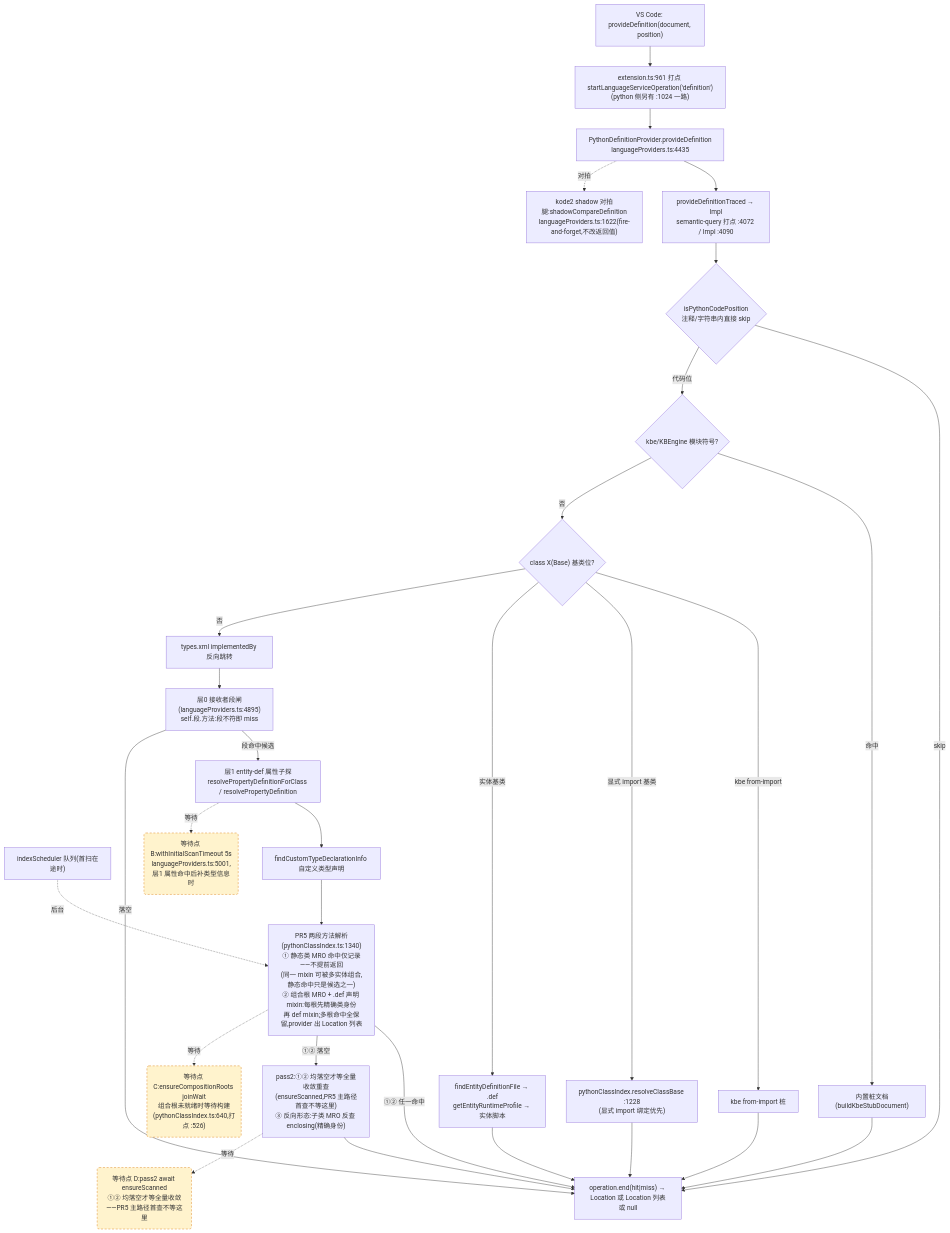
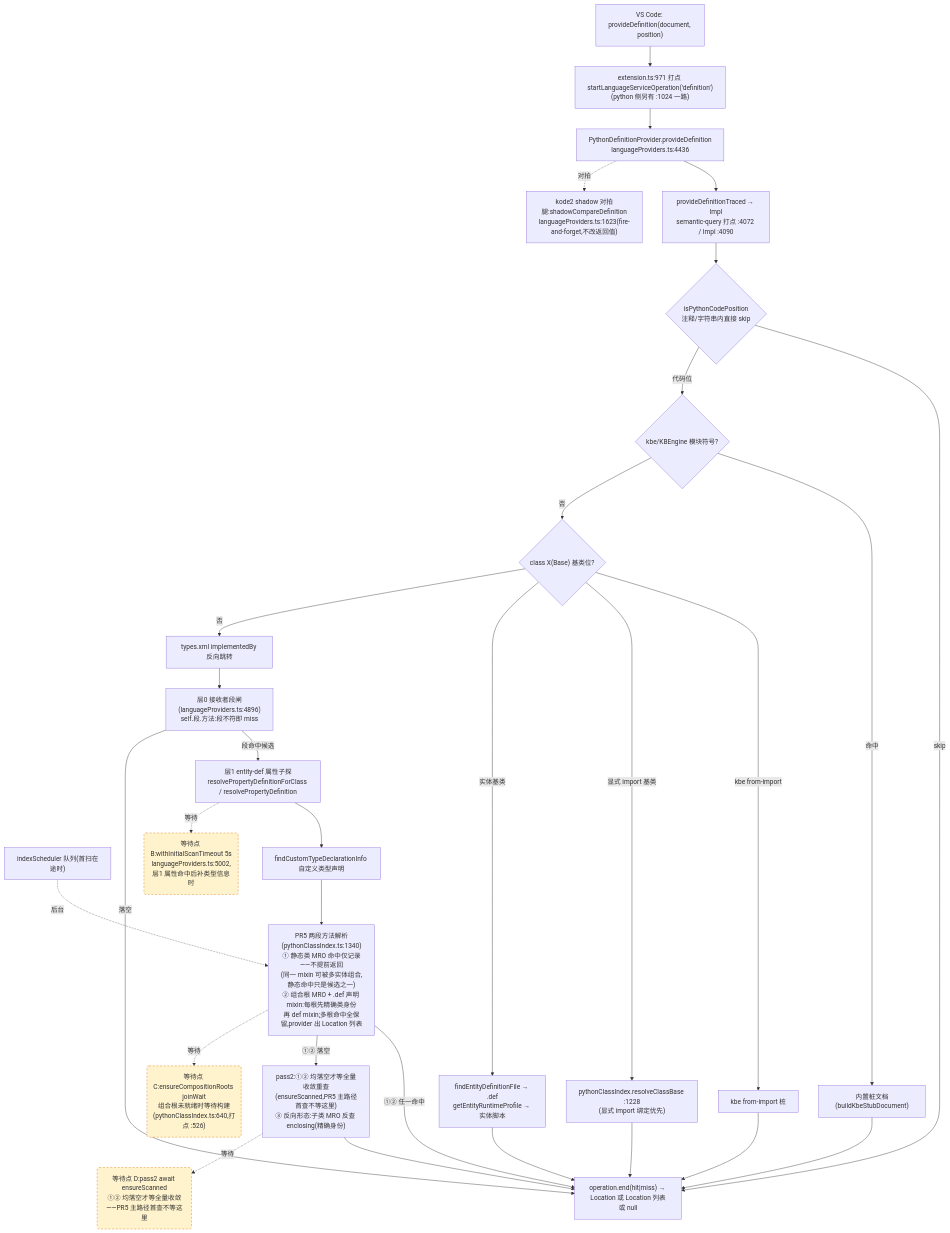
One commit to cuihairu/kode changed the second of 4 diagrams in docs/perf/2026-baseline.md. Above: the diagram before and after it, drawn with Mermaid. The commit also changed other lines of this file and 10 other files, not shown here.

````diff
--- a/docs/perf/2026-baseline.md
+++ b/docs/perf/2026-baseline.md
@@ -130,51 +130,51 @@
 ```mermaid
 flowchart TD
   VC2["VS Code: provideDefinition(document, position)"]
-  M2["extension.ts:961 打点 startLanguageServiceOperation('definition')<br/>(python 侧另有 :1024 一路)"]
-  AD2["PythonDefinitionProvider.provideDefinition<br/>languageProviders.ts:4435"]
+  M2["extension.ts:971 打点 startLanguageServiceOperation('definition')<br/>(python 侧另有 :1024 一路)"]
+  AD2["PythonDefinitionProvider.provideDefinition<br/>languageProviders.ts:4436"]
   TR["provideDefinitionTraced → Impl<br/>semantic-query 打点 :4072 / Impl :4090"]
   CTX{"isPythonCodePosition<br/>注释/字符串内直接 skip"}
   KBE{"kbe/KBEngine 模块符号?"}
   STUB["内置桩文档(buildKbeStubDocument)"]
   CB{"class X(Base) 基类位?"}
   CB1["kbe from-import 桩"]
   CB2["pythonClassIndex.resolveClassBase :1228<br/>(显式 import 绑定优先)"]
   CB3["findEntityDefinitionFile → .def<br/>getEntityRuntimeProfile → 实体脚本"]
   REV["types.xml implementedBy 反向跳转"]
-  L0["层0 接收者段闸(languageProviders.ts:4895)<br/>self.段.方法:段不符即 miss"]
+  L0["层0 接收者段闸(languageProviders.ts:4896)<br/>self.段.方法:段不符即 miss"]
   L1["层1 entity-def 属性子探<br/>resolvePropertyDefinitionForClass / resolvePropertyDefinition"]
   SCAN["indexScheduler 队列(首扫在途时)"]
   TY["findCustomTypeDeclarationInfo 自定义类型声明"]
   MRO["PR5 两段方法解析(pythonClassIndex.ts:1340)<br/>① 静态类 MRO 命中仅记录——不提前返回<br/>(同一 mixin 可被多实体组合,静态命中只是候选之一)<br/>② 组合根 MRO + .def 声明 mixin:每根先精确类身份<br/>再 def mixin;多根命中全保留,provider 出 Location 列表"]
   PASS2["pass2:①② 均落空才等全量收敛重查<br/>(ensureScanned,PR5 主路径首查不等这里)<br/>③ 反向形态:子类 MRO 反查 enclosing(精确身份)"]
-  SHD["kode2 shadow 对拍腿:shadowCompareDefinition<br/>languageProviders.ts:1622(fire-and-forget,不改返回值)"]
+  SHD["kode2 shadow 对拍腿:shadowCompareDefinition<br/>languageProviders.ts:1623(fire-and-forget,不改返回值)"]
   END2["operation.end(hit|miss) → Location 或 Location 列表或 null"]
 
   VC2 --> M2 --> AD2 --> TR --> CTX
   CTX -- "skip" --> END2
   CTX -- "代码位" --> KBE
   KBE -- "命中" --> STUB --> END2
   KBE -- "否" --> CB
   CB -- "kbe from-import" --> CB1 --> END2
   CB -- "显式 import 基类" --> CB2 --> END2
   CB -- "实体基类" --> CB3 --> END2
   CB -- "否" --> REV --> L0
   L0 -- "段命中候选" --> L1
   L0 -- "落空" --> END2
   L1 --> TY
   TY --> MRO
   MRO -- "①② 任一命中" --> END2
   MRO -- "①② 落空" --> PASS2 --> END2
   AD2 -.->|对拍| SHD
 
-  WAITB("等待点 B:withInitialScanTimeout 5s<br/>languageProviders.ts:5001,层1 属性命中后补类型信息时")
+  WAITB("等待点 B:withInitialScanTimeout 5s<br/>languageProviders.ts:5002,层1 属性命中后补类型信息时")
   WAITC("等待点 C:ensureCompositionRoots joinWait<br/>组合根未就绪时等待构建(pythonClassIndex.ts:640,打点 :526)")
   WAITD("等待点 D:pass2 await ensureScanned<br/>①② 均落空才等全量收敛——PR5 主路径首查不等这里")
   L1 -.->|等待| WAITB
   MRO -.->|等待| WAITC
   PASS2 -.->|等待| WAITD
   SCAN -.->|后台| MRO
 
   classDef waitPoint fill:#fff3cd,stroke:#d97706,stroke-dasharray:5 4;
   class WAITB,WAITC,WAITD waitPoint;
 ```
````
